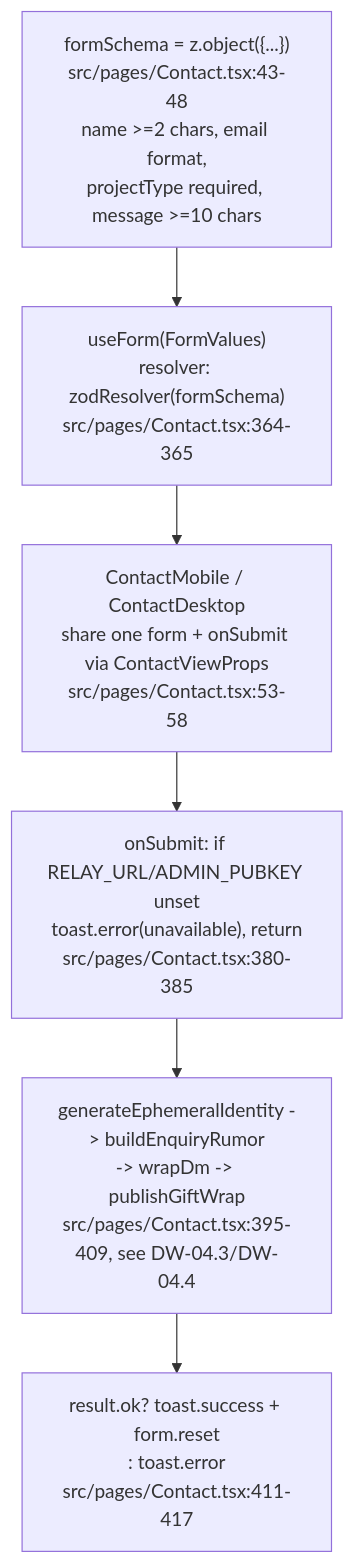
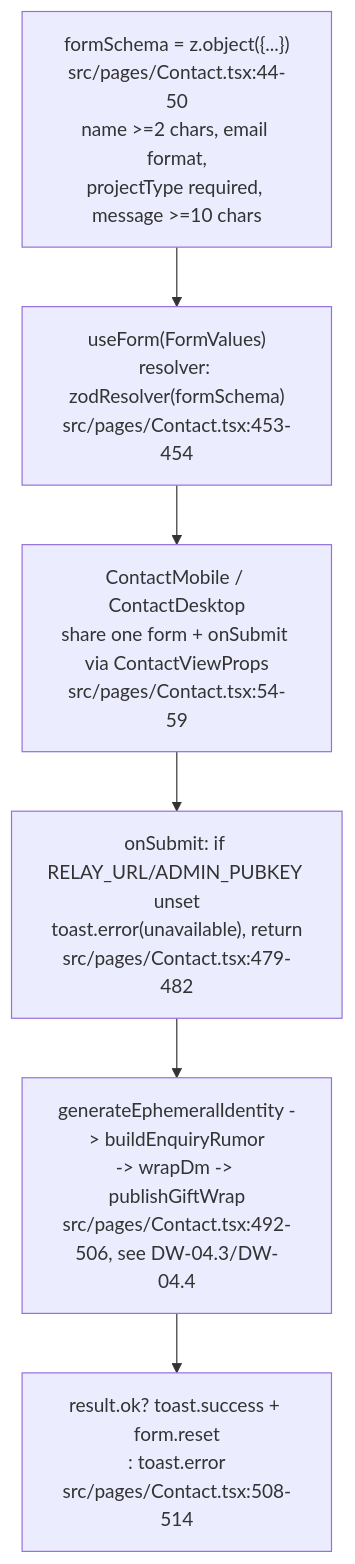
Before and after one commit to DreamLab-AI/VisionFlow: the fifth of 5 diagrams in docs/diagrams/dreamlab-ai-website/02-site-build-and-pages-deploy.md, drawn with Mermaid. The commit also changed other lines of this file and 80 other files, not shown here.

First line of the commit message:
docs(diagrams): re-verify the agentbox, dreamlab, estate and visionflow corpus against current sources

````diff
--- a/docs/diagrams/dreamlab-ai-website/02-site-build-and-pages-deploy.md
+++ b/docs/diagrams/dreamlab-ai-website/02-site-build-and-pages-deploy.md
@@ -82,10 +94,10 @@
 ```mermaid
 flowchart TB
-    SCHEMA["formSchema = z.object({...})<br/>src/pages/Contact.tsx:43-48<br/>name >=2 chars, email format,<br/>projectType required, message >=10 chars"]
-    HOOK["useForm(FormValues)<br/>resolver: zodResolver(formSchema)<br/>src/pages/Contact.tsx:364-365"]
+    SCHEMA["formSchema = z.object({...})<br/>src/pages/Contact.tsx:44-50<br/>name >=2 chars, email format,<br/>projectType required, message >=10 chars"]
+    HOOK["useForm(FormValues)<br/>resolver: zodResolver(formSchema)<br/>src/pages/Contact.tsx:453-454"]
     SCHEMA --> HOOK
-    HOOK --> VIEW["ContactMobile / ContactDesktop<br/>share one form + onSubmit via ContactViewProps<br/>src/pages/Contact.tsx:53-58"]
-    VIEW --> GUARD["onSubmit: if RELAY_URL/ADMIN_PUBKEY unset<br/>toast.error(unavailable), return<br/>src/pages/Contact.tsx:380-385"]
-    GUARD --> SEND["generateEphemeralIdentity -> buildEnquiryRumor<br/>-> wrapDm -> publishGiftWrap<br/>src/pages/Contact.tsx:395-409, see DW-04.3/DW-04.4"]
-    SEND --> OK["result.ok? toast.success + form.reset<br/>: toast.error<br/>src/pages/Contact.tsx:411-417"]
+    HOOK --> VIEW["ContactMobile / ContactDesktop<br/>share one form + onSubmit via ContactViewProps<br/>src/pages/Contact.tsx:54-59"]
+    VIEW --> GUARD["onSubmit: if RELAY_URL/ADMIN_PUBKEY unset<br/>toast.error(unavailable), return<br/>src/pages/Contact.tsx:479-482"]
+    GUARD --> SEND["generateEphemeralIdentity -> buildEnquiryRumor<br/>-> wrapDm -> publishGiftWrap<br/>src/pages/Contact.tsx:492-506, see DW-04.3/DW-04.4"]
+    SEND --> OK["result.ok? toast.success + form.reset<br/>: toast.error<br/>src/pages/Contact.tsx:508-514"]
 ```
````
